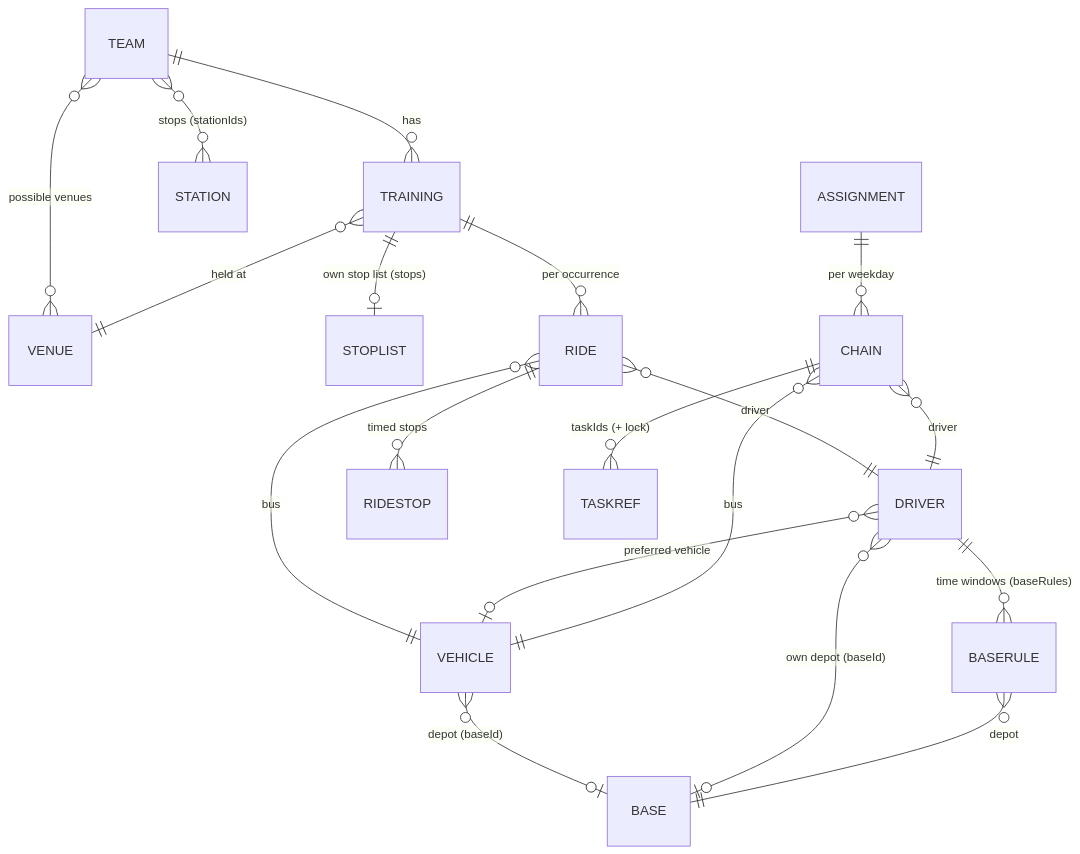
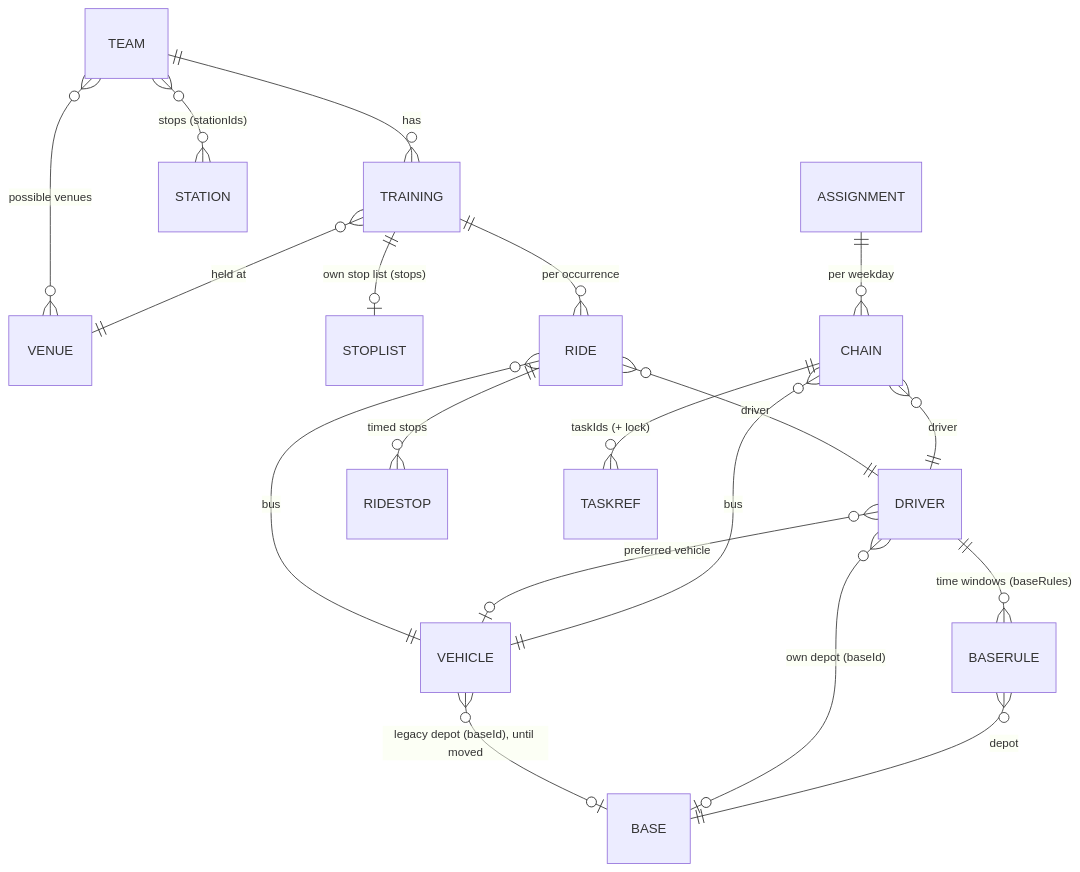
The third of 4 diagrams in docs/ARCHITECTURE.md (btndbrt/fuvarterv), drawn with Mermaid before and after one commit. The commit also changed other lines of this file and 10 other files, not shown here.

````diff
--- a/docs/ARCHITECTURE.md
+++ b/docs/ARCHITECTURE.md
@@ -279,21 +280,21 @@
 ```mermaid
 erDiagram
     TEAM ||--o{ TRAINING : "has"
     TEAM }o--o{ STATION : "stops (stationIds)"
     TEAM }o--o{ VENUE : "possible venues"
     TRAINING }o--|| VENUE : "held at"
     TRAINING ||--o| STOPLIST : "own stop list (stops)"
     TRAINING ||--o{ RIDE : "per occurrence"
     RIDE }o--|| VEHICLE : "bus"
     RIDE }o--|| DRIVER : "driver"
     RIDE ||--o{ RIDESTOP : "timed stops"
-    VEHICLE }o--o| BASE : "depot (baseId)"
+    VEHICLE }o--o| BASE : "legacy depot (baseId), until moved"
     DRIVER }o--o| BASE : "own depot (baseId)"
     DRIVER ||--o{ BASERULE : "time windows (baseRules)"
     BASERULE }o--|| BASE : "depot"
     DRIVER }o--o| VEHICLE : "preferred vehicle"
     ASSIGNMENT ||--o{ CHAIN : "per weekday"
     CHAIN }o--|| DRIVER : "driver"
     CHAIN }o--|| VEHICLE : "bus"
     CHAIN ||--o{ TASKREF : "taskIds (+ lock)"
 ```
````
